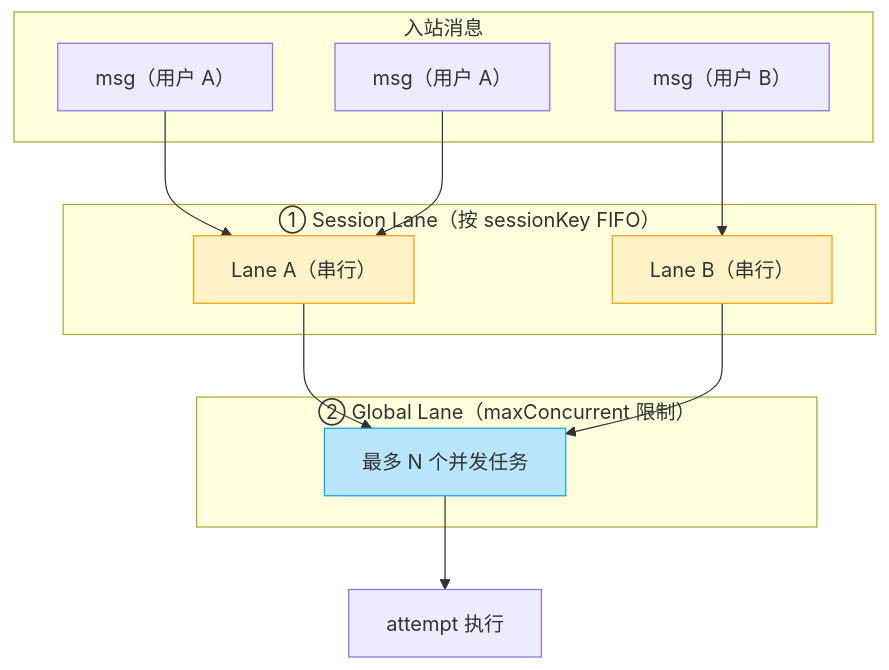
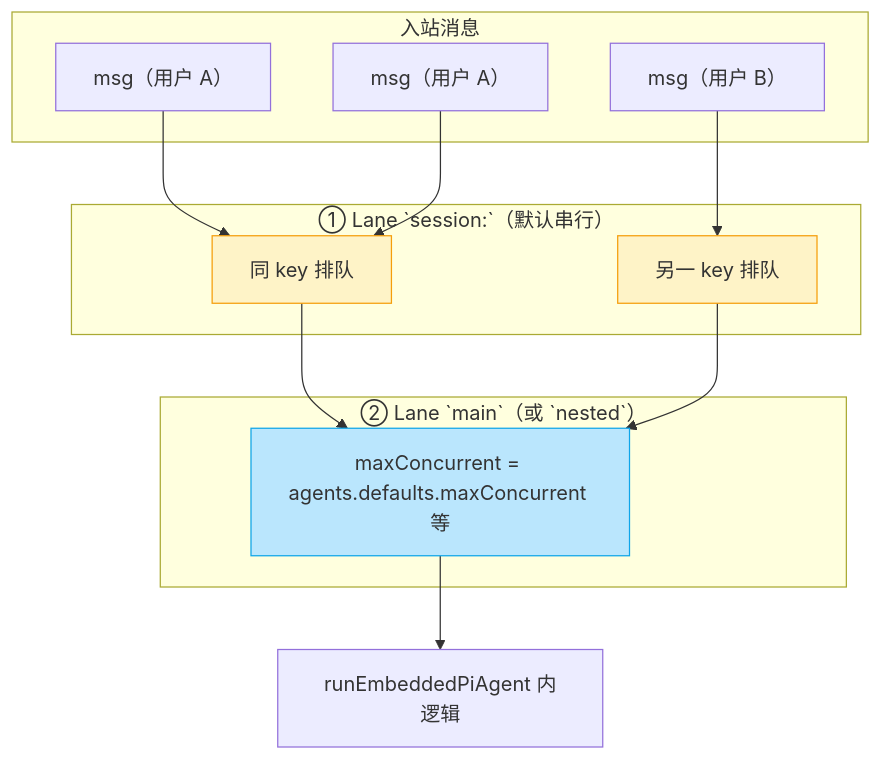
One commit to shinegz/Notes changed the third of 9 diagrams in AI/openClaw/OpenClaw源码学习笔记.md. Above: the diagram before and after it, drawn with Mermaid. The commit also changed other lines of this file and 85 other files, not shown here.

````diff
--- a/AI/openClaw/OpenClaw源码学习笔记.md
+++ b/AI/openClaw/OpenClaw源码学习笔记.md
@@ -366,24 +366,24 @@
 ```mermaid
 flowchart TB
   subgraph in["入站消息"]
     M1["msg（用户 A）"]
     M2["msg（用户 B）"]
     M3["msg（用户 A）"]
   end
-  subgraph session["① Session Lane（按 sessionKey FIFO）"]
-    LA["Lane A（串行）"]
-    LB["Lane B（串行）"]
+  subgraph session["① Lane `session:<sessionKey>`（默认串行）"]
+    LA["同 key 排队"]
+    LB["另一 key 排队"]
   end
-  subgraph global["② Global Lane（maxConcurrent 限制）"]
-    G["最多 N 个并发任务"]
+  subgraph global["② Lane `main`（或 `nested`）"]
+    G["maxConcurrent = agents.defaults.maxConcurrent 等"]
   end
   M1 --> LA
   M3 --> LA
   M2 --> LB
   LA --> G
   LB --> G
-  G --> exec["attempt 执行"]
+  G --> exec["runEmbeddedPiAgent 内逻辑"]
   style LA fill:#fef3c7,stroke:#f59e0b
   style LB fill:#fef3c7,stroke:#f59e0b
   style G fill:#bae6fd,stroke:#0ea5e9
 ```
````
